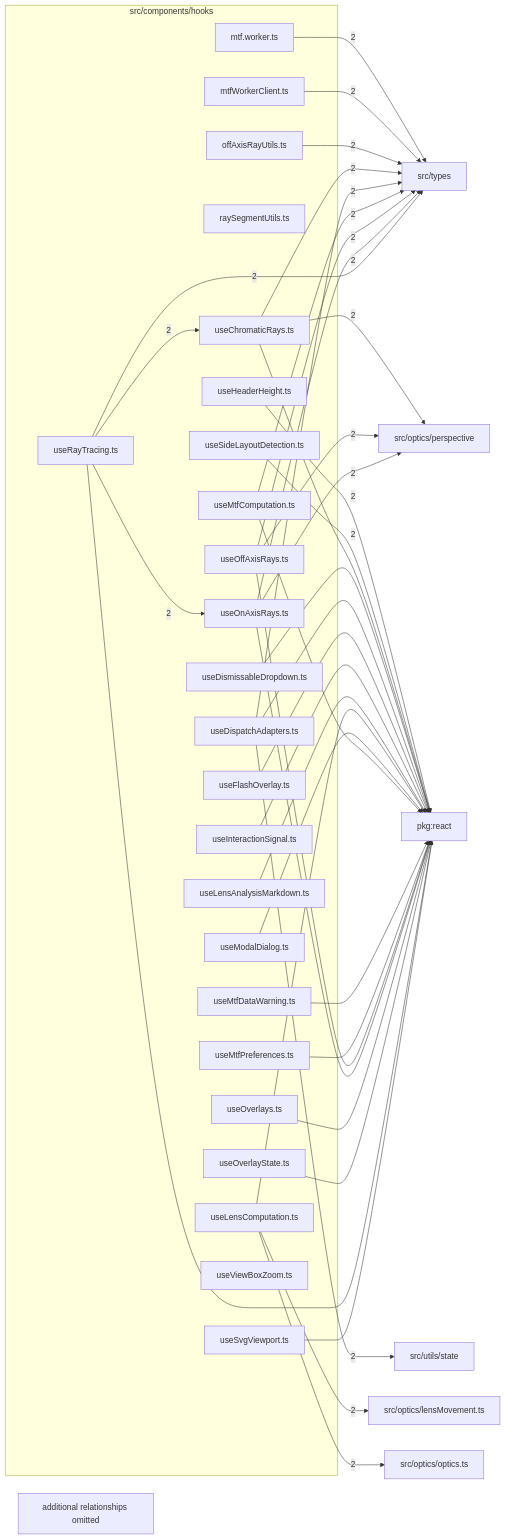
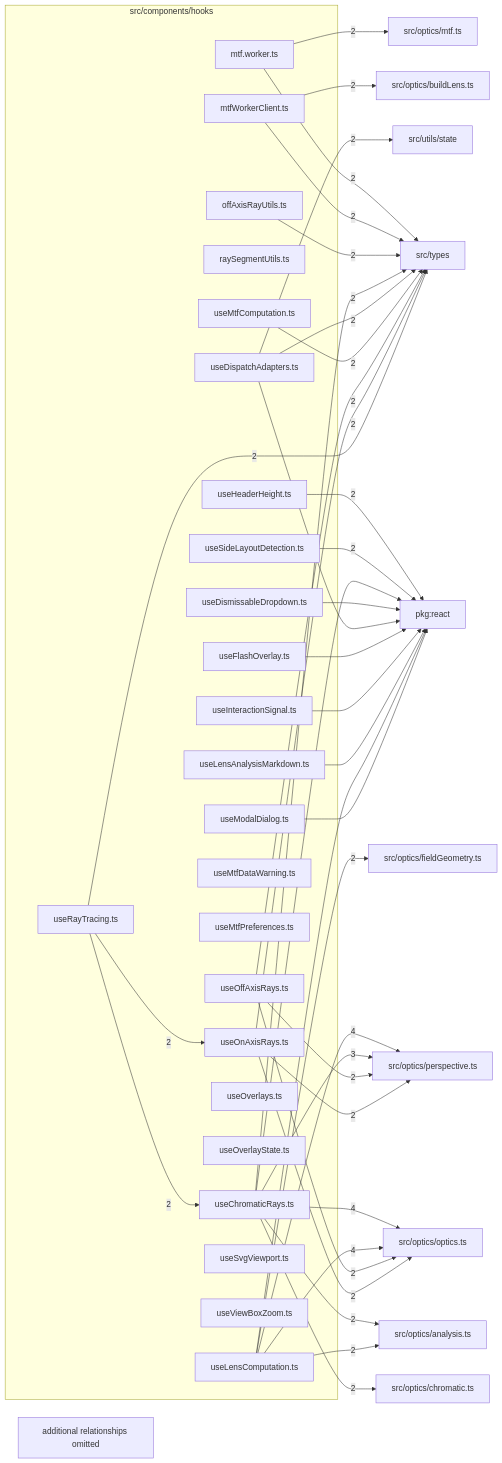
The diagram in src/components/hooks/readme.md (ronbuening/LensVisualizer), drawn with Mermaid before and after one commit. The commit also changed other lines of this file and 439 other files, not shown here.

````diff
--- a/src/components/hooks/readme.md
+++ b/src/components/hooks/readme.md
@@ -9,72 +9,76 @@
 ```mermaid
 flowchart LR
   subgraph n_src_components_hooks["src/components/hooks"]
     n_src_components_hooks_src_components_hooks_mtf_worker_ts["mtf.worker.ts"]
     n_src_components_hooks_src_components_hooks_mtfWorkerClient_ts["mtfWorkerClient.ts"]
     n_src_components_hooks_src_components_hooks_offAxisRayUtils_ts["offAxisRayUtils.ts"]
     n_src_components_hooks_src_components_hooks_raySegmentUtils_ts["raySegmentUtils.ts"]
     n_src_components_hooks_src_components_hooks_useChromaticRays_ts["useChromaticRays.ts"]
     n_src_components_hooks_src_components_hooks_useDismissableDropdown_ts["useDismissableDropdown.ts"]
     n_src_components_hooks_src_components_hooks_useDispatchAdapters_ts["useDispatchAdapters.ts"]
     n_src_components_hooks_src_components_hooks_useFlashOverlay_ts["useFlashOverlay.ts"]
     n_src_components_hooks_src_components_hooks_useHeaderHeight_ts["useHeaderHeight.ts"]
     n_src_components_hooks_src_components_hooks_useInteractionSignal_ts["useInteractionSignal.ts"]
     n_src_components_hooks_src_components_hooks_useLensAnalysisMarkdown_ts["useLensAnalysisMarkdown.ts"]
     n_src_components_hooks_src_components_hooks_useLensComputation_ts["useLensComputation.ts"]
     n_src_components_hooks_src_components_hooks_useModalDialog_ts["useModalDialog.ts"]
     n_src_components_hooks_src_components_hooks_useMtfComputation_ts["useMtfComputation.ts"]
     n_src_components_hooks_src_components_hooks_useMtfDataWarning_ts["useMtfDataWarning.ts"]
     n_src_components_hooks_src_components_hooks_useMtfPreferences_ts["useMtfPreferences.ts"]
     n_src_components_hooks_src_components_hooks_useOffAxisRays_ts["useOffAxisRays.ts"]
     n_src_components_hooks_src_components_hooks_useOnAxisRays_ts["useOnAxisRays.ts"]
     n_src_components_hooks_src_components_hooks_useOverlays_ts["useOverlays.ts"]
     n_src_components_hooks_src_components_hooks_useOverlayState_ts["useOverlayState.ts"]
     n_src_components_hooks_src_components_hooks_useRayTracing_ts["useRayTracing.ts"]
     n_src_components_hooks_src_components_hooks_useSideLayoutDetection_ts["useSideLayoutDetection.ts"]
     n_src_components_hooks_src_components_hooks_useSvgViewport_ts["useSvgViewport.ts"]
     n_src_components_hooks_src_components_hooks_useViewBoxZoom_ts["useViewBoxZoom.ts"]
   end
+  n_external_src_optics_optics_ts["src/optics/optics.ts"]
+  n_external_src_optics_perspective_ts["src/optics/perspective.ts"]
   n_external_pkg_react["pkg:react"]
-  n_external_src_optics_lensMovement_ts["src/optics/lensMovement.ts"]
-  n_external_src_optics_optics_ts["src/optics/optics.ts"]
-  n_external_src_optics_perspective["src/optics/perspective"]
+  n_external_src_optics_analysis_ts["src/optics/analysis.ts"]
+  n_external_src_optics_buildLens_ts["src/optics/buildLens.ts"]
+  n_external_src_optics_chromatic_ts["src/optics/chromatic.ts"]
+  n_external_src_optics_fieldGeometry_ts["src/optics/fieldGeometry.ts"]
+  n_external_src_optics_mtf_ts["src/optics/mtf.ts"]
   n_external_src_types["src/types"]
   n_external_src_utils_state["src/utils/state"]
+  n_src_components_hooks_src_components_hooks_useChromaticRays_ts --> |4| n_external_src_optics_optics_ts
+  n_src_components_hooks_src_components_hooks_useLensComputation_ts --> |4| n_external_src_optics_optics_ts
+  n_src_components_hooks_src_components_hooks_useLensComputation_ts --> |4| n_external_src_optics_perspective_ts
+  n_src_components_hooks_src_components_hooks_useChromaticRays_ts --> |3| n_external_src_optics_perspective_ts
   n_src_components_hooks_src_components_hooks_useHeaderHeight_ts --> |2| n_external_pkg_react
   n_src_components_hooks_src_components_hooks_useSideLayoutDetection_ts --> |2| n_external_pkg_react
-  n_src_components_hooks_src_components_hooks_useLensComputation_ts --> |2| n_external_src_optics_lensMovement_ts
-  n_src_components_hooks_src_components_hooks_useLensComputation_ts --> |2| n_external_src_optics_optics_ts
-  n_src_components_hooks_src_components_hooks_useChromaticRays_ts --> |2| n_external_src_optics_perspective
-  n_src_components_hooks_src_components_hooks_useOffAxisRays_ts --> |2| n_external_src_optics_perspective
-  n_src_components_hooks_src_components_hooks_useOnAxisRays_ts --> |2| n_external_src_optics_perspective
+  n_src_components_hooks_src_components_hooks_useChromaticRays_ts --> |2| n_external_src_optics_analysis_ts
+  n_src_components_hooks_src_components_hooks_useLensComputation_ts --> |2| n_external_src_optics_analysis_ts
+  n_src_components_hooks_src_components_hooks_mtfWorkerClient_ts --> |2| n_external_src_optics_buildLens_ts
+  n_src_components_hooks_src_components_hooks_useChromaticRays_ts --> |2| n_external_src_optics_chromatic_ts
+  n_src_components_hooks_src_components_hooks_useLensComputation_ts --> |2| n_external_src_optics_fieldGeometry_ts
+  n_src_components_hooks_src_components_hooks_mtf_worker_ts --> |2| n_external_src_optics_mtf_ts
+  n_src_components_hooks_src_components_hooks_useOffAxisRays_ts --> |2| n_external_src_optics_optics_ts
+  n_src_components_hooks_src_components_hooks_useOnAxisRays_ts --> |2| n_external_src_optics_optics_ts
+  n_src_components_hooks_src_components_hooks_useOffAxisRays_ts --> |2| n_external_src_optics_perspective_ts
+  n_src_components_hooks_src_components_hooks_useOnAxisRays_ts --> |2| n_external_src_optics_perspective_ts
   n_src_components_hooks_src_components_hooks_mtf_worker_ts --> |2| n_external_src_types
   n_src_components_hooks_src_components_hooks_mtfWorkerClient_ts --> |2| n_external_src_types
   n_src_components_hooks_src_components_hooks_offAxisRayUtils_ts --> |2| n_external_src_types
   n_src_components_hooks_src_components_hooks_useChromaticRays_ts --> |2| n_external_src_types
   n_src_components_hooks_src_components_hooks_useDispatchAdapters_ts --> |2| n_external_src_types
   n_src_components_hooks_src_components_hooks_useMtfComputation_ts --> |2| n_external_src_types
   n_src_components_hooks_src_components_hooks_useOffAxisRays_ts --> |2| n_external_src_types
   n_src_components_hooks_src_components_hooks_useOnAxisRays_ts --> |2| n_external_src_types
   n_src_components_hooks_src_components_hooks_useRayTracing_ts --> |2| n_external_src_types
   n_src_components_hooks_src_components_hooks_useDispatchAdapters_ts --> |2| n_external_src_utils_state
   n_src_components_hooks_src_components_hooks_useRayTracing_ts --> |2| n_src_components_hooks_src_components_hooks_useChromaticRays_ts
   n_src_components_hooks_src_components_hooks_useRayTracing_ts --> |2| n_src_components_hooks_src_components_hooks_useOnAxisRays_ts
   n_src_components_hooks_src_components_hooks_useChromaticRays_ts --> n_external_pkg_react
   n_src_components_hooks_src_components_hooks_useDismissableDropdown_ts --> n_external_pkg_react
   n_src_components_hooks_src_components_hooks_useDispatchAdapters_ts --> n_external_pkg_react
   n_src_components_hooks_src_components_hooks_useFlashOverlay_ts --> n_external_pkg_react
   n_src_components_hooks_src_components_hooks_useInteractionSignal_ts --> n_external_pkg_react
   n_src_components_hooks_src_components_hooks_useLensAnalysisMarkdown_ts --> n_external_pkg_react
   n_src_components_hooks_src_components_hooks_useLensComputation_ts --> n_external_pkg_react
   n_src_components_hooks_src_components_hooks_useModalDialog_ts --> n_external_pkg_react
-  n_src_components_hooks_src_components_hooks_useMtfComputation_ts --> n_external_pkg_react
-  n_src_components_hooks_src_components_hooks_useMtfDataWarning_ts --> n_external_pkg_react
-  n_src_components_hooks_src_components_hooks_useMtfPreferences_ts --> n_external_pkg_react
-  n_src_components_hooks_src_components_hooks_useOffAxisRays_ts --> n_external_pkg_react
-  n_src_components_hooks_src_components_hooks_useOnAxisRays_ts --> n_external_pkg_react
-  n_src_components_hooks_src_components_hooks_useOverlays_ts --> n_external_pkg_react
-  n_src_components_hooks_src_components_hooks_useOverlayState_ts --> n_external_pkg_react
-  n_src_components_hooks_src_components_hooks_useRayTracing_ts --> n_external_pkg_react
-  n_src_components_hooks_src_components_hooks_useSvgViewport_ts --> n_external_pkg_react
   n_src_components_hooks_truncated["additional relationships omitted"]
 ```
````
